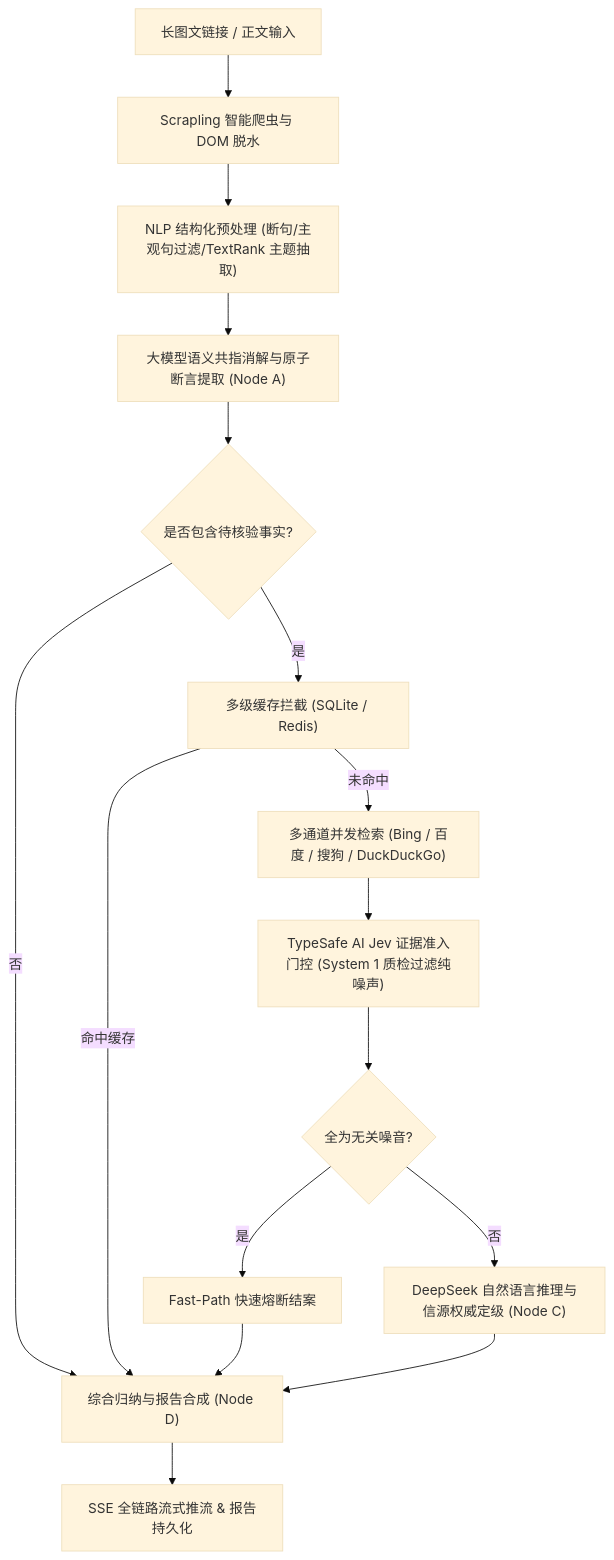
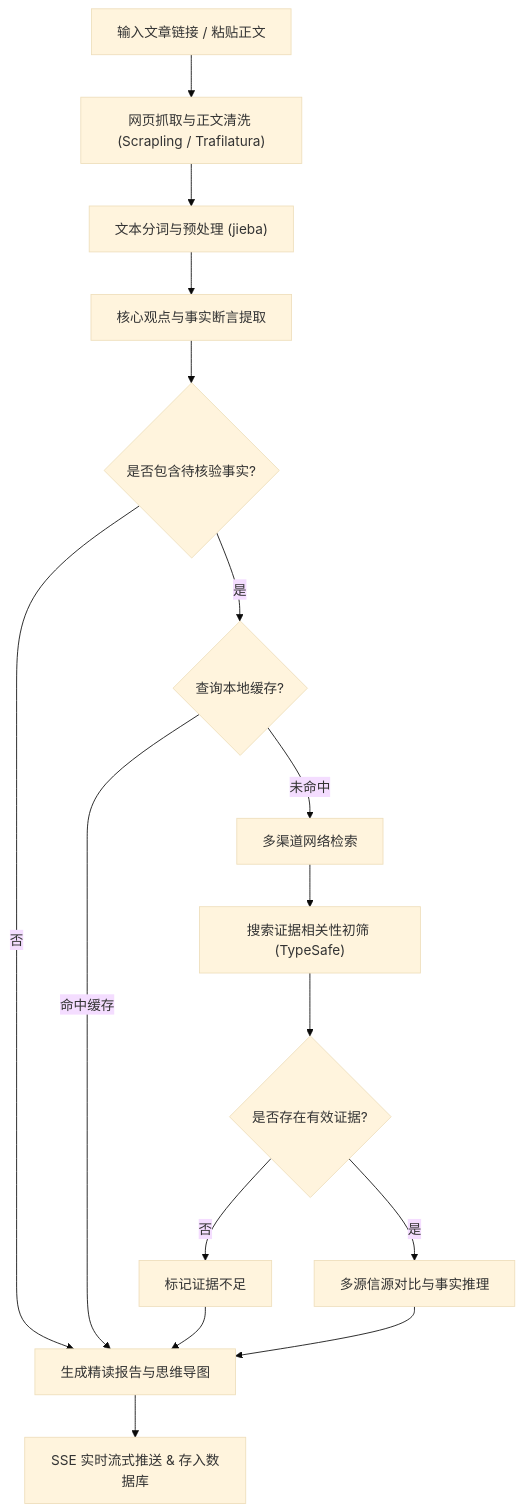
Before and after one commit to bill756/OmniDigest: the diagram in README.md, drawn with Mermaid (base theme). The commit also changed other lines of this file and 17 other files, not shown here.

````diff
--- a/README.md
+++ b/README.md
@@ -27,22 +25,22 @@
 ```mermaid
 flowchart TD
-    A["长图文链接 / 正文输入"] --> B["Scrapling 智能爬虫与 DOM 脱水"]
-    B --> C["NLP 结构化预处理 (断句/主观句过滤/TextRank 主题抽取)"]
-    C --> D["大模型语义共指消解与原子断言提取 (Node A)"]
+    A["输入文章链接 / 粘贴正文"] --> B["网页抓取与正文清洗 (Scrapling / Trafilatura)"]
+    B --> C["文本分词与预处理 (jieba)"]
+    C --> D["核心观点与事实断言提取"]
     
     D --> E{"是否包含待核验事实?"}
-    E -- 否 --> F["综合归纳与报告合成 (Node D)"]
-    E -- 是 --> G["多级缓存拦截 (SQLite / Redis)"]
+    E -- 否 --> F["生成精读报告与思维导图"]
+    E -- 是 --> G{"查询本地缓存?"}
     
     G -- 命中缓存 --> F
-    G -- 未命中 --> H["多通道并发检索 (Bing / 百度 / 搜狗 / DuckDuckGo)"]
+    G -- 未命中 --> H["多渠道网络检索"]
     
-    H --> I["TypeSafe AI Jev 证据准入门控 (System 1 质检过滤纯噪声)"]
-    I --> J{"全为无关噪音?"}
-    J -- 是 --> K["Fast-Path 快速熔断结案"]
-    J -- 否 --> L["DeepSeek 自然语言推理与信源权威定级 (Node C)"]
+    H --> I["搜索证据相关性初筛 (TypeSafe)"]
+    I --> J{"是否存在有效证据?"}
+    J -- 否 --> K["标记证据不足"]
+    J -- 是 --> L["多源信源对比与事实推理"]
     
     K --> F
     L --> F
-    F --> M["SSE 全链路流式推流 & 报告持久化"]
+    F --> M["SSE 实时流式推送 & 存入数据库"]
 ```
````
